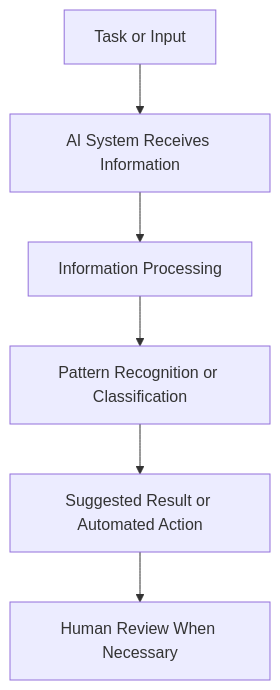
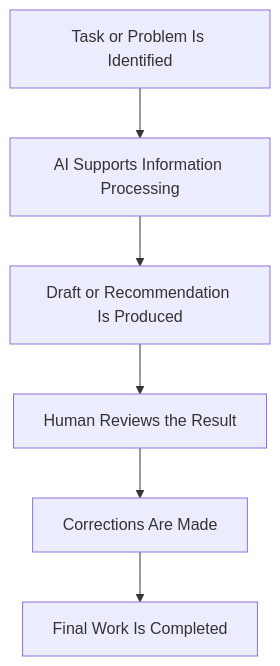
Before and after one commit to NicolausLionel/SLN: the first of 5 diagrams in content/04_benefits-limitations-challenges.md, drawn with Mermaid. The commit also changed other lines of this file, not shown here.

````diff
--- a/content/04_benefits-limitations-challenges.md
+++ b/content/04_benefits-limitations-challenges.md
@@ -75,8 +149,8 @@
 ```mermaid
 flowchart TD
-    A["Task or Input"] --> B["AI System Receives Information"]
-    B --> C["Information Processing"]
-    C --> D["Pattern Recognition or Classification"]
-    D --> E["Suggested Result or Automated Action"]
-    E --> F["Human Review When Necessary"]
+    A[Task or Problem Is Identified] --> B[AI Supports Information Processing]
+    B --> C[Draft or Recommendation Is Produced]
+    C --> D[Human Reviews the Result]
+    D --> E[Corrections Are Made]
+    E --> F[Final Work Is Completed]
 ```
````
